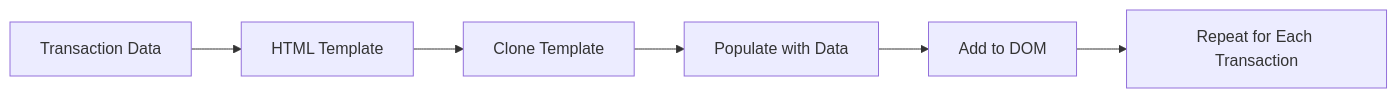
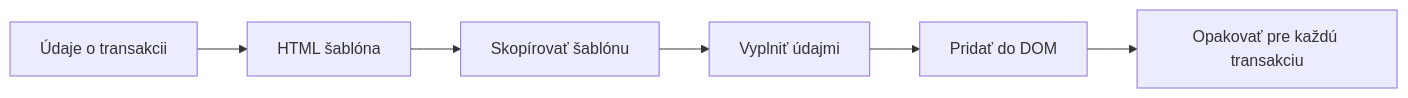
One commit to microsoft/Web-Dev-For-Beginners changed the tenth of 11 diagrams in translations/sk/7-bank-project/3-data/README.md. Above: the diagram before and after it, drawn with Mermaid. The commit also changed other lines of this file and 99 other files, not shown here.

````diff
--- a/translations/sk/7-bank-project/3-data/README.md
+++ b/translations/sk/7-bank-project/3-data/README.md
@@ -560,8 +742,8 @@
 ```mermaid
 flowchart LR
-    A[Transaction Data] --> B[HTML Template]
-    B --> C[Clone Template]
-    C --> D[Populate with Data]
-    D --> E[Add to DOM]
-    E --> F[Repeat for Each Transaction]
+    A[Údaje o transakcii] --> B[HTML šablóna]
+    B --> C[Skopírovať šablónu]
+    C --> D[Vyplniť údajmi]
+    D --> E[Pridať do DOM]
+    E --> F[Opakovať pre každú transakciu]
 ```
````
